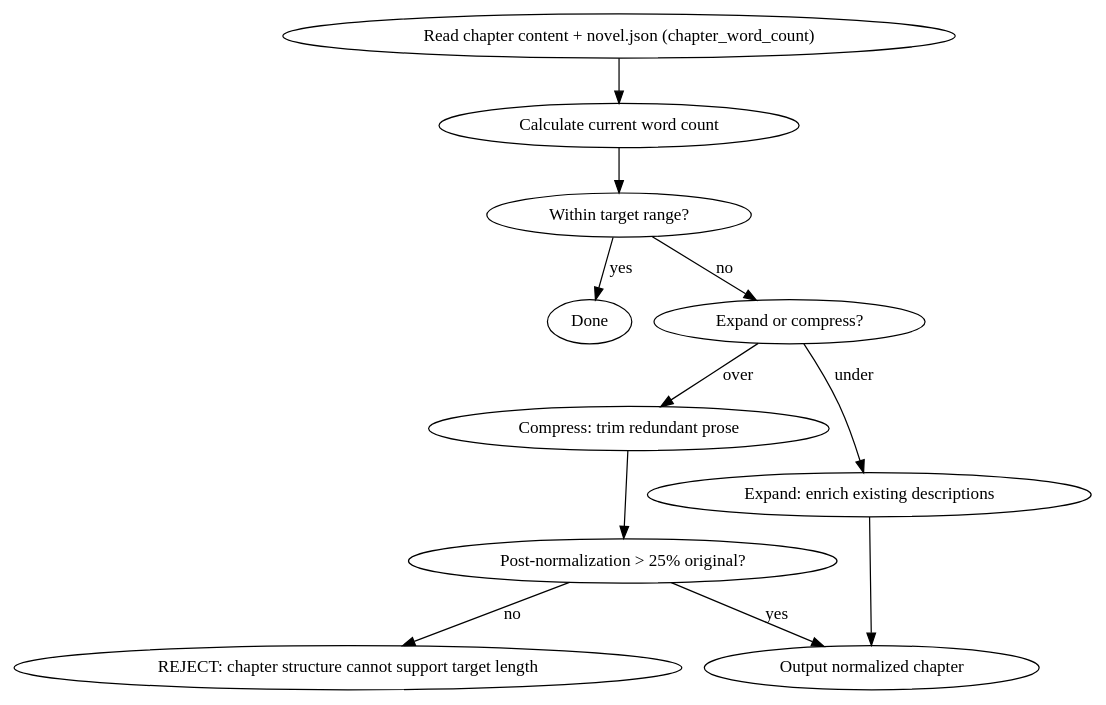
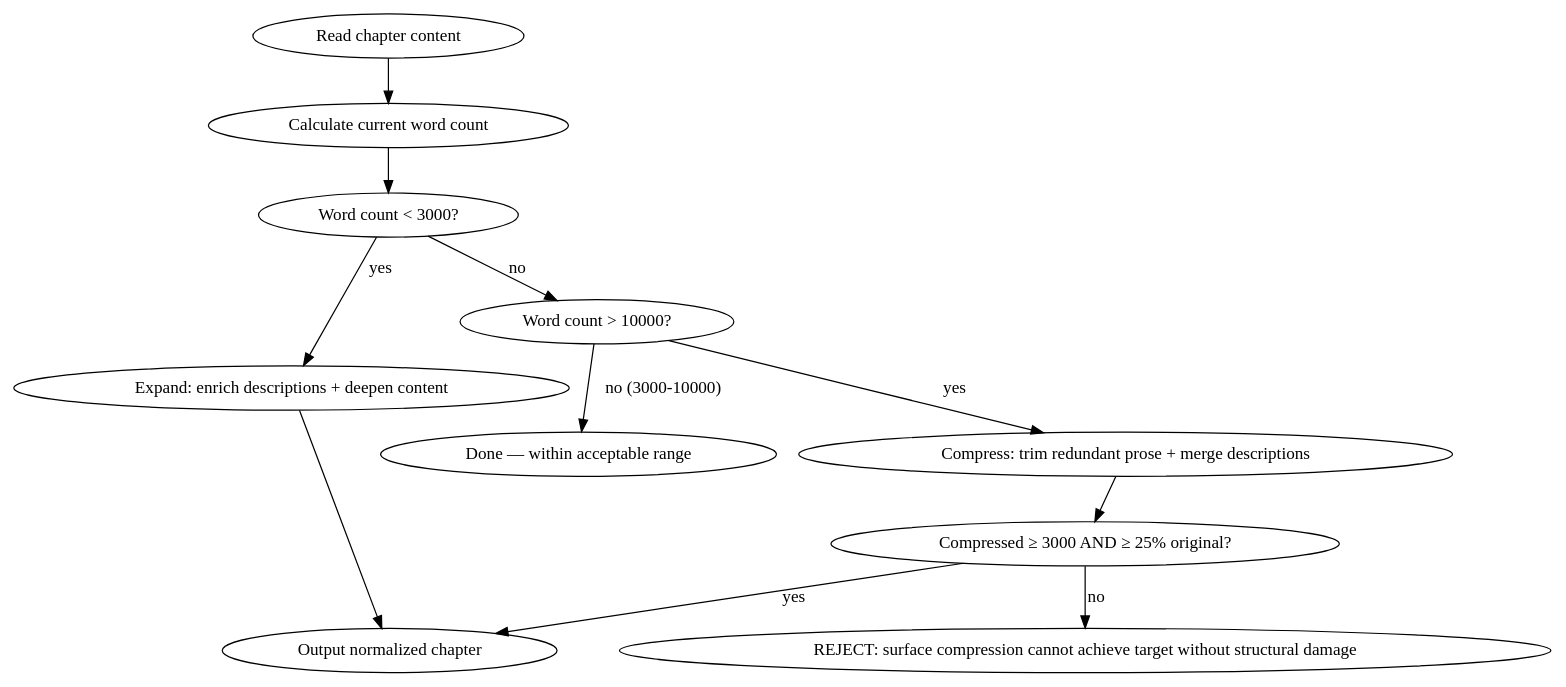
Before and after one commit to ThomasChangX/shenbi: the diagram in skills/shenbi-length-normalizing/SKILL.md, drawn with Graphviz. The commit also changed other lines of this file and 339 other files, not shown here.

````diff
--- a/skills/shenbi-length-normalizing/SKILL.md
+++ b/skills/shenbi-length-normalizing/SKILL.md
@@ -12,14 +12,14 @@
 ```dot
 digraph length_normalizing {
-    "Read chapter content + novel.json (chapter_word_count)" -> "Calculate current word count";
-    "Calculate current word count" -> "Within target range?";
-    "Within target range?" -> "Done" [label="yes"];
-    "Within target range?" -> "Expand or compress?" [label="no"];
-    "Expand or compress?" -> "Compress: trim redundant prose" [label="over"];
-    "Expand or compress?" -> "Expand: enrich existing descriptions" [label="under"];
-    "Compress: trim redundant prose" -> "Post-normalization > 25% original?";
-    "Expand: enrich existing descriptions" -> "Output normalized chapter";
-    "Post-normalization > 25% original?" -> "Output normalized chapter" [label="yes"];
-    "Post-normalization > 25% original?" -> "REJECT: chapter structure cannot support target length" [label="no"];
+    "Read chapter content" -> "Calculate current word count";
+    "Calculate current word count" -> "Word count < 3000?";
+    "Word count < 3000?" -> "Expand: enrich descriptions + deepen content" [label="yes"];
+    "Word count < 3000?" -> "Word count > 10000?" [label="no"];
+    "Word count > 10000?" -> "Done — within acceptable range" [label="no (3000-10000)"];
+    "Word count > 10000?" -> "Compress: trim redundant prose + merge descriptions" [label="yes"];
+    "Expand: enrich descriptions + deepen content" -> "Output normalized chapter";
+    "Compress: trim redundant prose + merge descriptions" -> "Compressed ≥ 3000 AND ≥ 25% original?";
+    "Compressed ≥ 3000 AND ≥ 25% original?" -> "Output normalized chapter" [label="yes"];
+    "Compressed ≥ 3000 AND ≥ 25% original?" -> "REJECT: surface compression cannot achieve target without structural damage" [label="no"];
 }
 ```
````
